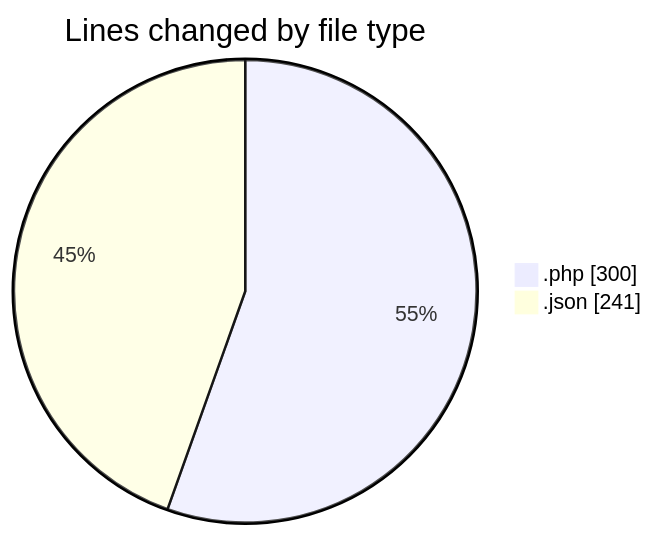
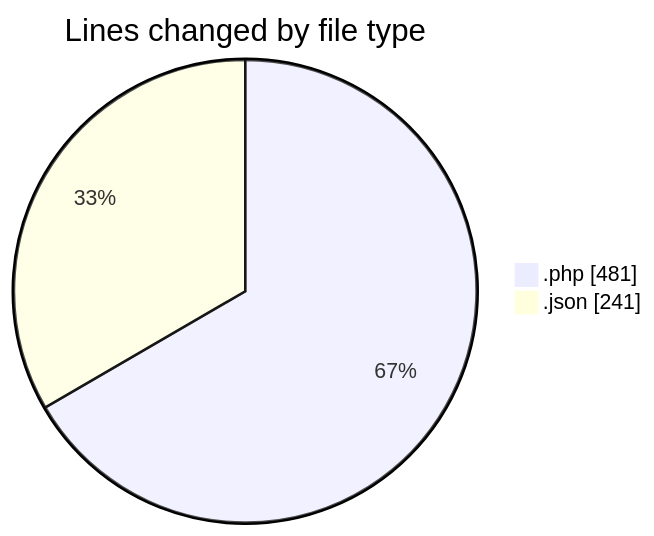
Before and after one commit to idhammustaqopulfikri/code-tracking: the first of 2 diagrams in 2025-03-28/autodidak/README.md, drawn with Mermaid. The commit also changed other lines of this file and 1 other file, not shown here.

````diff
--- a/2025-03-28/autodidak/README.md
+++ b/2025-03-28/autodidak/README.md
@@ -23,6 +24,6 @@
 ```mermaid
 pie showData
 title Lines changed by file type
-".php" : 300
+".php" : 481
 ".json" : 241
 ```
````
